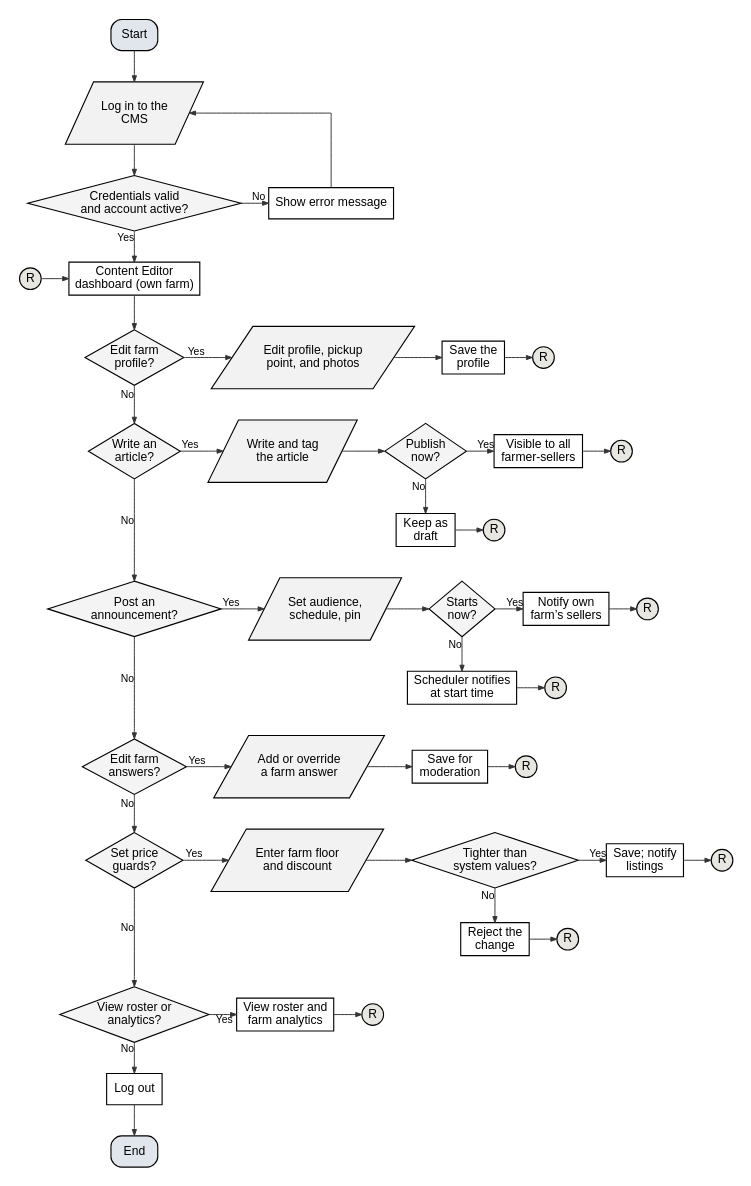
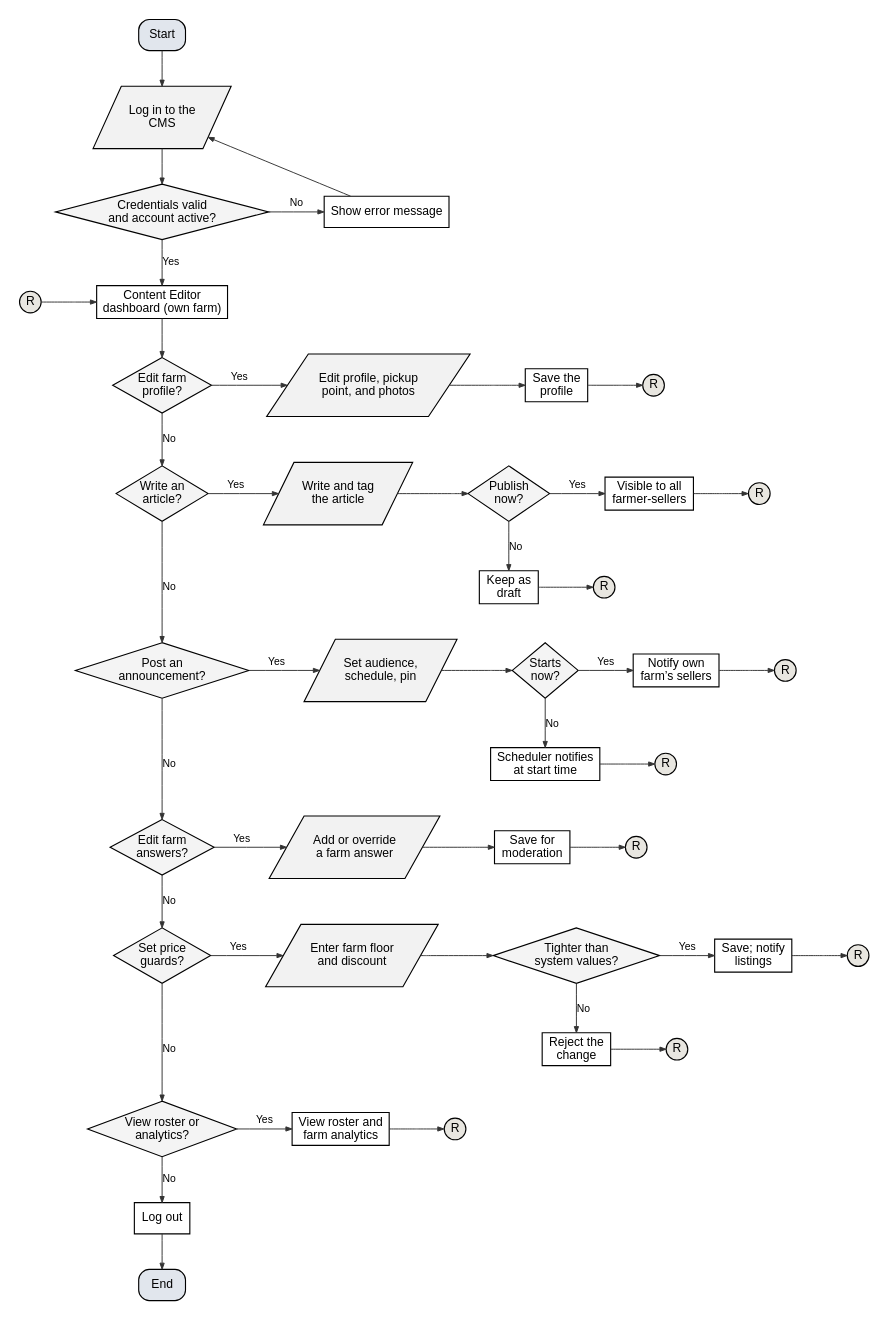
The diagram in docs/manuscript/figures/src/fig5c_flow_content_editor.dot (shawncastaneda11-commits/anihow-backend), drawn with Graphviz before and after one commit. The commit also changed 18 other files, not shown here.

First line of the commit message:
docs(manuscript): keep flowchart and context-diagram labels off the lines

```diff
--- a/docs/manuscript/figures/src/fig5c_flow_content_editor.dot
+++ b/docs/manuscript/figures/src/fig5c_flow_content_editor.dot
@@ -1,108 +1,108 @@
 digraph G {
-  graph [rankdir=TB, nodesep=0.45, ranksep=0.5, pad=0.2, fontname="Liberation Sans", newrank=true, splines=ortho];
+  graph [rankdir=TB, nodesep=0.45, ranksep=0.55, pad=0.2, fontname="Liberation Sans", newrank=true, splines=polyline];
   node  [fontname="Liberation Sans", fontsize=14, penwidth=1.3, style=filled, fillcolor="#FFFFFF", margin="0.12,0.06"];
   edge  [penwidth=1.1, arrowsize=0.7, color="#333333", fontname="Liberation Sans", fontsize=12];
   s [shape=box, style="rounded,filled", fillcolor="#E1E6ED", label="Start"];
   li [shape=parallelogram, fillcolor="#F2F2F2", label="Log in to the\nCMS", margin="0.02,0.04"];
   ok [shape=diamond, fillcolor="#F4F4F4", label="Credentials valid\nand account active?", margin="0.02,0.02"];
   err [shape=box, label="Show error message"];
   ain [shape=circle, width=0.35, fixedsize=true, fillcolor="#E8E6E0", label="R"];
   home [shape=box, label="Content Editor\ndashboard (own farm)"];
   lo [shape=box, label="Log out"];
   end [shape=box, style="rounded,filled", fillcolor="#E1E6ED", label="End"];
   s -> li;
   li -> ok;
-  ok -> err [xlabel="No"];
+  ok -> err [label="No"];
   err -> li [constraint=false];
-  ok -> home [xlabel="Yes"];
+  ok -> home [label="Yes"];
   ain -> home;
   {rank=same; ok err}
   {rank=same; home ain}
   q0 [shape=diamond, fillcolor="#F4F4F4", label="Edit farm\nprofile?", margin="0.02,0.02"];
   home -> q0;
   s0_0 [shape=parallelogram, fillcolor="#F2F2F2", label="Edit profile, pickup\npoint, and photos", margin="0.02,0.04"];
-  q0 -> s0_0 [xlabel="Yes"];
+  q0 -> s0_0 [label="Yes"];
   s0_1 [shape=box, label="Save the\nprofile"];
   s0_0 -> s0_1;
   r0 [shape=circle, width=0.35, fixedsize=true, fillcolor="#E8E6E0", label="R"];
   s0_1 -> r0;
   {rank=same; q0; s0_0; s0_1; r0}
   q1 [shape=diamond, fillcolor="#F4F4F4", label="Write an\narticle?", margin="0.02,0.02"];
-  q0 -> q1 [xlabel="No"];
+  q0 -> q1 [label="No"];
   s1_0 [shape=parallelogram, fillcolor="#F2F2F2", label="Write and tag\nthe article", margin="0.02,0.04"];
-  q1 -> s1_0 [xlabel="Yes"];
+  q1 -> s1_0 [label="Yes"];
   s1_1 [shape=diamond, fillcolor="#F4F4F4", label="Publish\nnow?", margin="0.02,0.02"];
   s1_0 -> s1_1;
   a1_1 [shape=box, label="Keep as\ndraft"];
   xa1_1 [shape=circle, width=0.35, fixedsize=true, fillcolor="#E8E6E0", label="R"];
-  s1_1 -> a1_1 [xlabel="No"];
+  s1_1 -> a1_1 [label="No"];
   a1_1 -> xa1_1;
   {rank=same; a1_1; xa1_1}
   s1_2 [shape=box, label="Visible to all\nfarmer-sellers"];
-  s1_1 -> s1_2 [xlabel="Yes"];
+  s1_1 -> s1_2 [label="Yes"];
   r1 [shape=circle, width=0.35, fixedsize=true, fillcolor="#E8E6E0", label="R"];
   s1_2 -> r1;
   {rank=same; q1; s1_0; s1_1; s1_2; r1}
   q2 [shape=diamond, fillcolor="#F4F4F4", label="Post an\nannouncement?", margin="0.02,0.02"];
-  q1 -> q2 [xlabel="No", minlen=2];
+  q1 -> q2 [label="No", minlen=2];
   s2_0 [shape=parallelogram, fillcolor="#F2F2F2", label="Set audience,\nschedule, pin", margin="0.02,0.04"];
-  q2 -> s2_0 [xlabel="Yes"];
+  q2 -> s2_0 [label="Yes"];
   s2_1 [shape=diamond, fillcolor="#F4F4F4", label="Starts\nnow?", margin="0.02,0.02"];
   s2_0 -> s2_1;
   a2_1 [shape=box, label="Scheduler notifies\nat start time"];
   xa2_1 [shape=circle, width=0.35, fixedsize=true, fillcolor="#E8E6E0", label="R"];
-  s2_1 -> a2_1 [xlabel="No"];
+  s2_1 -> a2_1 [label="No"];
   a2_1 -> xa2_1;
   {rank=same; a2_1; xa2_1}
   s2_2 [shape=box, label="Notify own\nfarm’s sellers"];
-  s2_1 -> s2_2 [xlabel="Yes"];
+  s2_1 -> s2_2 [label="Yes"];
   r2 [shape=circle, width=0.35, fixedsize=true, fillcolor="#E8E6E0", label="R"];
   s2_2 -> r2;
   {rank=same; q2; s2_0; s2_1; s2_2; r2}
   q3 [shape=diamond, fillcolor="#F4F4F4", label="Edit farm\nanswers?", margin="0.02,0.02"];
-  q2 -> q3 [xlabel="No", minlen=2];
+  q2 -> q3 [label="No", minlen=2];
   s3_0 [shape=parallelogram, fillcolor="#F2F2F2", label="Add or override\na farm answer", margin="0.02,0.04"];
-  q3 -> s3_0 [xlabel="Yes"];
+  q3 -> s3_0 [label="Yes"];
   s3_1 [shape=box, label="Save for\nmoderation"];
   s3_0 -> s3_1;
   r3 [shape=circle, width=0.35, fixedsize=true, fillcolor="#E8E6E0", label="R"];
   s3_1 -> r3;
   {rank=same; q3; s3_0; s3_1; r3}
   q4 [shape=diamond, fillcolor="#F4F4F4", label="Set price\nguards?", margin="0.02,0.02"];
-  q3 -> q4 [xlabel="No"];
+  q3 -> q4 [label="No"];
   s4_0 [shape=parallelogram, fillcolor="#F2F2F2", label="Enter farm floor\nand discount", margin="0.02,0.04"];
-  q4 -> s4_0 [xlabel="Yes"];
+  q4 -> s4_0 [label="Yes"];
   s4_1 [shape=diamond, fillcolor="#F4F4F4", label="Tighter than\nsystem values?", margin="0.02,0.02"];
   s4_0 -> s4_1;
   a4_1 [shape=box, label="Reject the\nchange"];
   xa4_1 [shape=circle, width=0.35, fixedsize=true, fillcolor="#E8E6E0", label="R"];
-  s4_1 -> a4_1 [xlabel="No"];
+  s4_1 -> a4_1 [label="No"];
   a4_1 -> xa4_1;
   {rank=same; a4_1; xa4_1}
   s4_2 [shape=box, label="Save; notify\nlistings"];
-  s4_1 -> s4_2 [xlabel="Yes"];
+  s4_1 -> s4_2 [label="Yes"];
   r4 [shape=circle, width=0.35, fixedsize=true, fillcolor="#E8E6E0", label="R"];
   s4_2 -> r4;
   {rank=same; q4; s4_0; s4_1; s4_2; r4}
   q5 [shape=diamond, fillcolor="#F4F4F4", label="View roster or\nanalytics?", margin="0.02,0.02"];
-  q4 -> q5 [xlabel="No", minlen=2];
+  q4 -> q5 [label="No", minlen=2];
   s5_0 [shape=box, label="View roster and\nfarm analytics"];
-  q5 -> s5_0 [xlabel="Yes"];
+  q5 -> s5_0 [label="Yes"];
   r5 [shape=circle, width=0.35, fixedsize=true, fillcolor="#E8E6E0", label="R"];
   s5_0 -> r5;
   {rank=same; q5; s5_0; r5}
-  q5 -> lo [xlabel="No"];
+  q5 -> lo [label="No"];
   lo -> end;
   s [group=trunk];
   li [group=trunk];
   ok [group=trunk];
   home [group=trunk];
   lo [group=trunk];
   end [group=trunk];
   q0 [group=trunk];
   q1 [group=trunk];
   q2 [group=trunk];
   q3 [group=trunk];
   q4 [group=trunk];
   q5 [group=trunk];
 }
```
